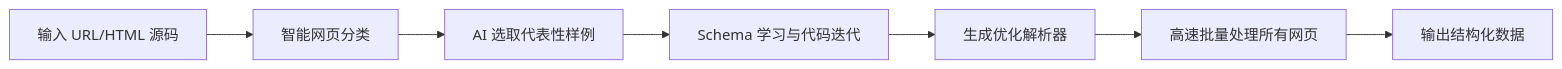
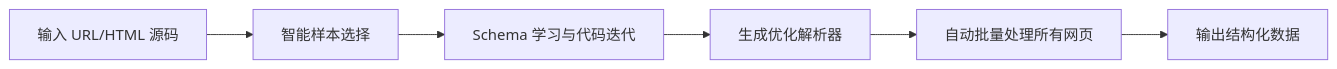
One commit to ccprocessor/web2json-agent changed the diagram in README.md. Above: the diagram before and after it, drawn with Mermaid. The commit also changed other lines of this file and 12 other files, not shown here.

Commit message:
perf: parallelize schema extraction and reuse browser instance, improving overall performance by 77%

````diff
--- a/README.md
+++ b/README.md
@@ -121,9 +122,8 @@
 ```mermaid
 graph LR
-    A[输入 URL/HTML 源码] --> B[智能网页分类]
-    B --> C[AI 选取代表性样例]
-    C --> D[Schema 学习与代码迭代]
-    D --> E[生成优化解析器]
-    E --> F[高速批量处理所有网页]
-    F --> G[输出结构化数据]
+    A[输入 URL/HTML 源码] --> B[智能样本选择]
+    B --> C[Schema 学习与代码迭代]
+    C --> D[生成优化解析器]
+    D --> E[自动批量处理所有网页]
+    E --> F[输出结构化数据]
 ```
````
